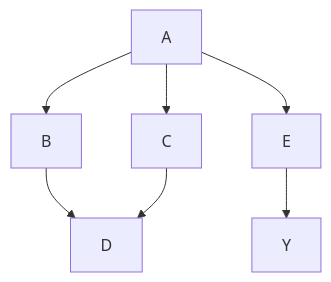
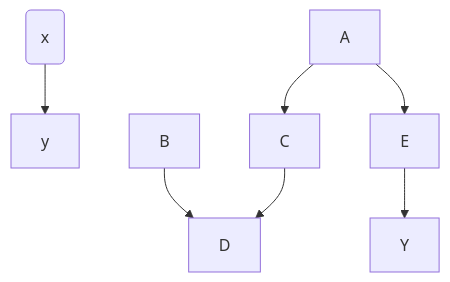
The diagram in README.md (ccmas88/Hello-World), drawn with Mermaid before and after one commit.

````diff
--- a/README.md
+++ b/README.md
@@ -6,8 +6,8 @@
 ```mermaid
 graph TD;
-    A-->B;
+    f(x)-->y;
     A-->C;
     A-->E-->Y;
     B-->D;
     C-->D;
 ```
````
